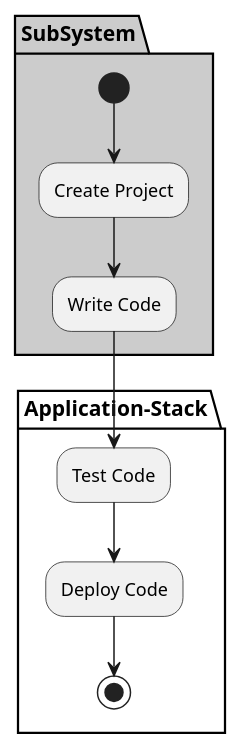
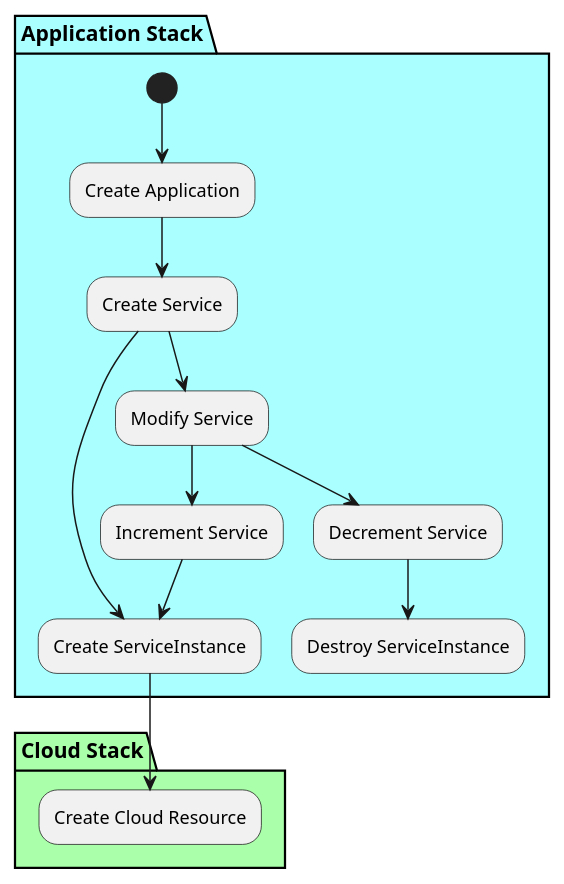
One commit to CAADE/fleet changed the diagram in docs/Solution/Application-Stack/Process.puml. Above: the diagram before and after it, drawn with PlantUML. The commit also changed 44 other files, not shown here.

Commit message:
Document Application Stack

```diff
--- a/docs/Solution/Application-Stack/Process.puml
+++ b/docs/Solution/Application-Stack/Process.puml
@@ -1,18 +1,17 @@
 @startuml
 
-partition "Application-Stack" {
-
+partition "Application Stack" #aaffff {
+  (*) --> "Create Application"
+  "Create Application" --> "Create Service"
+  "Create Service" --> "Create ServiceInstance"
+  "Create Service" --> "Modify Service"
+  "Modify Service" --> "Increment Service"
+  "Modify Service" --> "Decrement Service"
+  "Increment Service" --> "Create ServiceInstance"
+  "Decrement Service" --> "Destroy ServiceInstance"
 }
 
-partition SubSystem  #cccccc {
-  (*) --> "Create Project"
-  --> "Write Code"
+partition "Cloud Stack" #aaffaa {
+    "Create ServiceInstance" --> "Create Cloud Resource"
 }
-
-partition "Application-Stack" {
-  "Write Code" --> "Test Code"
-  "Test Code" --> "Deploy Code"
-  "Deploy Code" --> (*)
-}
-
 @enduml
```
